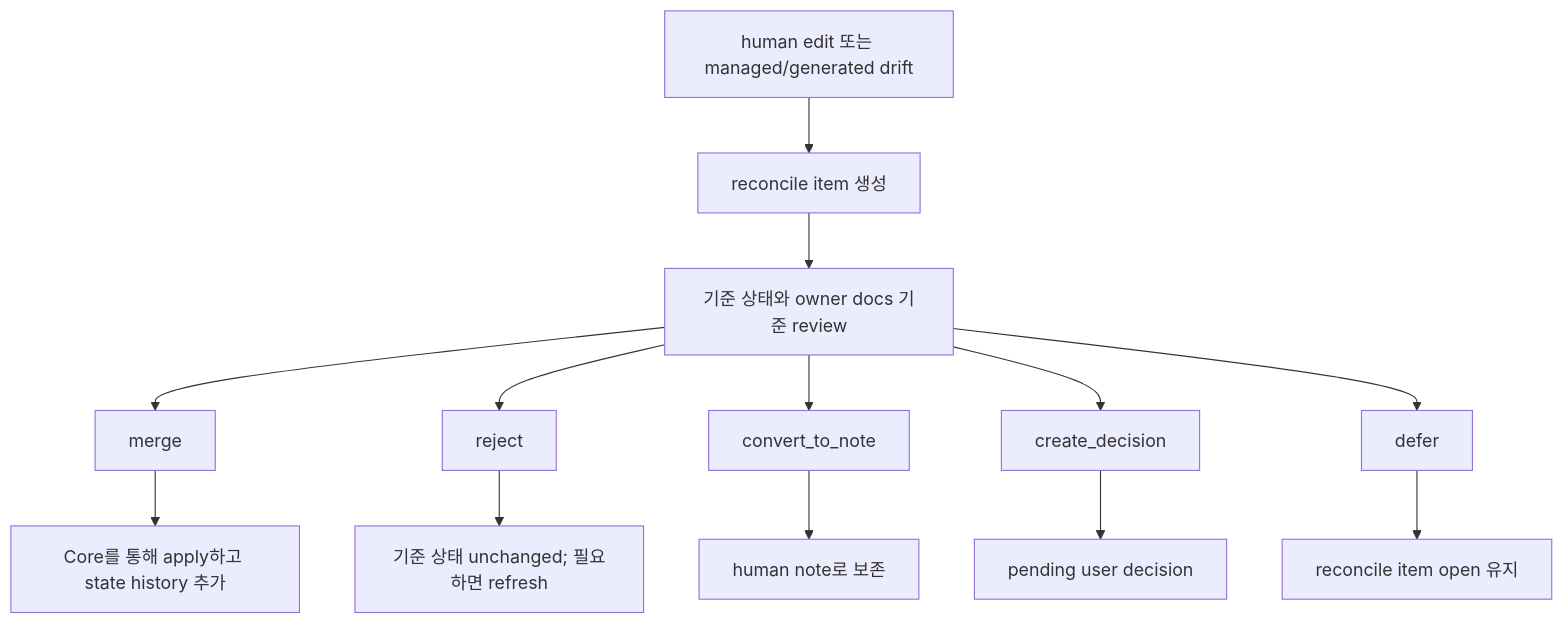
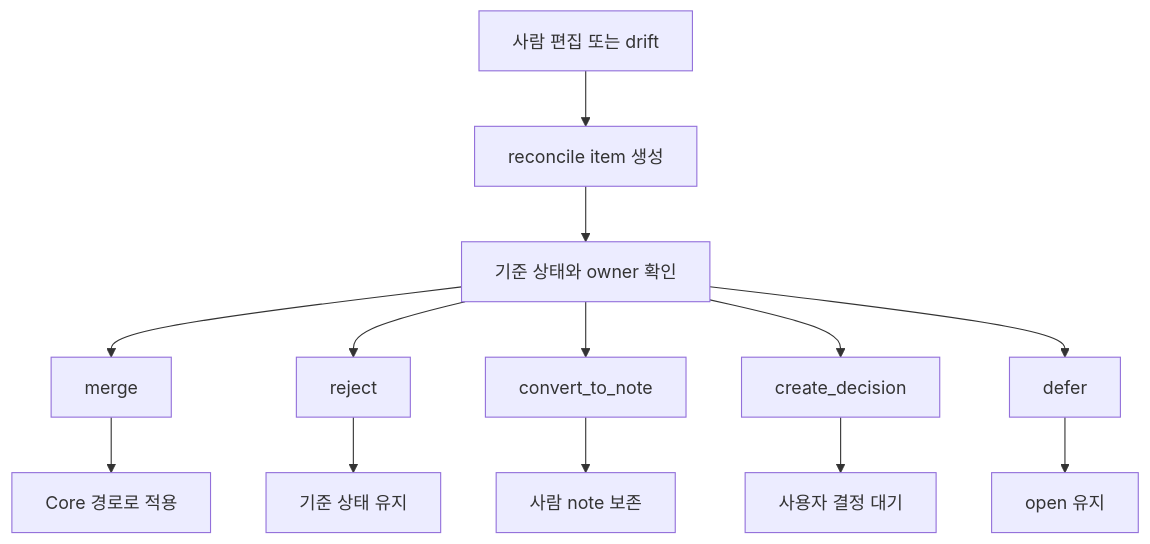
Before and after one commit to minjungw00/Harness_Project: the eighth of 11 diagrams in docs/ko/reference/operations-and-conformance.md, drawn with Mermaid. The commit also changed other lines of this file and 20 other files, not shown here.

Commit message:
docs: refresh diagrams for staged authority model

````diff
--- a/docs/ko/reference/operations-and-conformance.md
+++ b/docs/ko/reference/operations-and-conformance.md
@@ -472,15 +472,15 @@
 ```mermaid
 flowchart TD
-  Input["human edit 또는 managed/generated drift"] --> Item["reconcile item 생성"]
-  Item --> Review["기준 상태와 owner docs 기준 review"]
+  Input["사람 편집 또는 drift"] --> Item["reconcile item 생성"]
+  Item --> Review["기준 상태와 owner 확인"]
   Review --> Merge["merge"]
   Review --> Reject["reject"]
   Review --> Note["convert_to_note"]
   Review --> Decision["create_decision"]
   Review --> Defer["defer"]
-  Merge --> Core["Core를 통해 apply하고 state history 추가"]
-  Reject --> Refresh["기준 상태 unchanged; 필요하면 refresh"]
-  Note --> Human["human note로 보존"]
-  Decision --> Pending["pending user decision"]
-  Defer --> Open["reconcile item open 유지"]
+  Merge --> Core["Core 경로로 적용"]
+  Reject --> Refresh["기준 상태 유지"]
+  Note --> Human["사람 note 보존"]
+  Decision --> Pending["사용자 결정 대기"]
+  Defer --> Open["open 유지"]
 ```
````
